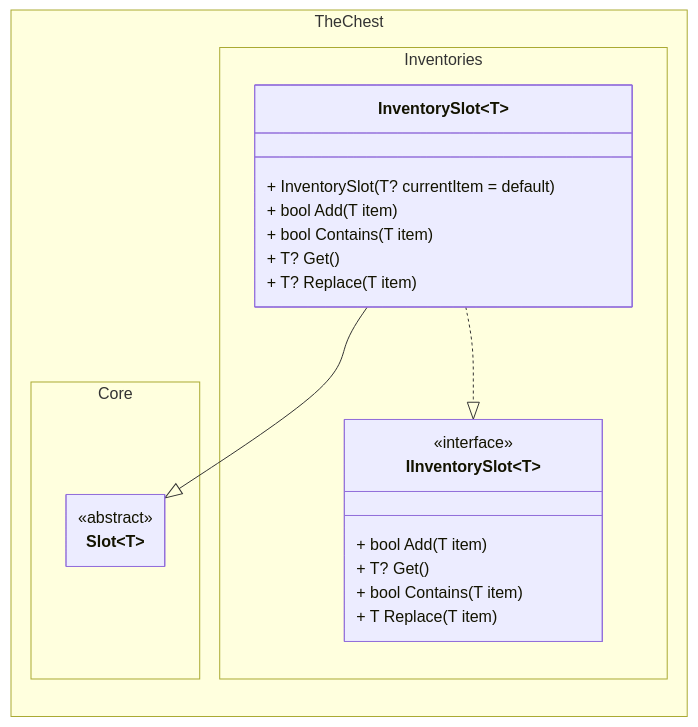
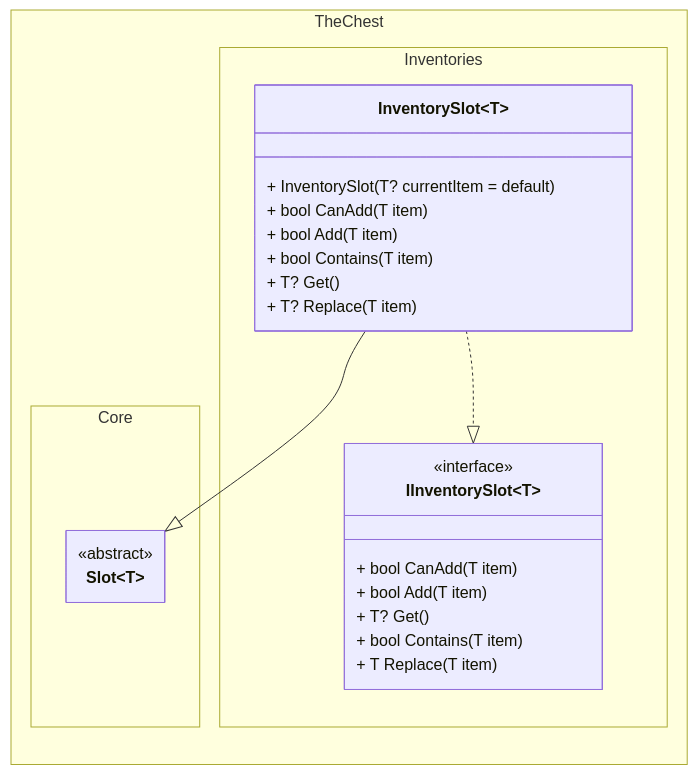
The second of 2 diagrams in docs/inventory/class_diagram.md (The-Chest/TheChest.Inventories), drawn with Mermaid before and after one commit. The commit also changed other lines of this file and 8 other files, not shown here.

````diff
--- a/docs/inventory/class_diagram.md
+++ b/docs/inventory/class_diagram.md
@@ -81,38 +104,40 @@
 ```mermaid
 ---
 config:
   theme: mc
   look: classic
   class:
     hideEmptyMembersBox: true
 ---
 classDiagram
 direction BT
 
 namespace TheChest.Core {
     class Slot~T~ {
     }
 }
 <<abstract>> Slot
 
 namespace TheChest.Inventories {
     class IInventorySlot~T~ {
+        + bool CanAdd(T item)
         + bool Add(T item)
         + T? Get()
         + bool Contains(T item)
         + T Replace(T item)
     }
     class InventorySlot~T~ {
         + InventorySlot(T? currentItem = default)
+        + bool CanAdd(T item)
         + bool Add(T item)
         + bool Contains(T item)
         + T? Get()
         + T? Replace(T item)
     }
 }
 
 <<interface>> IInventorySlot
 
 InventorySlot~T~ --|> Slot~T~ 
 InventorySlot~T~ ..|> IInventorySlot~T~
 ```
````
